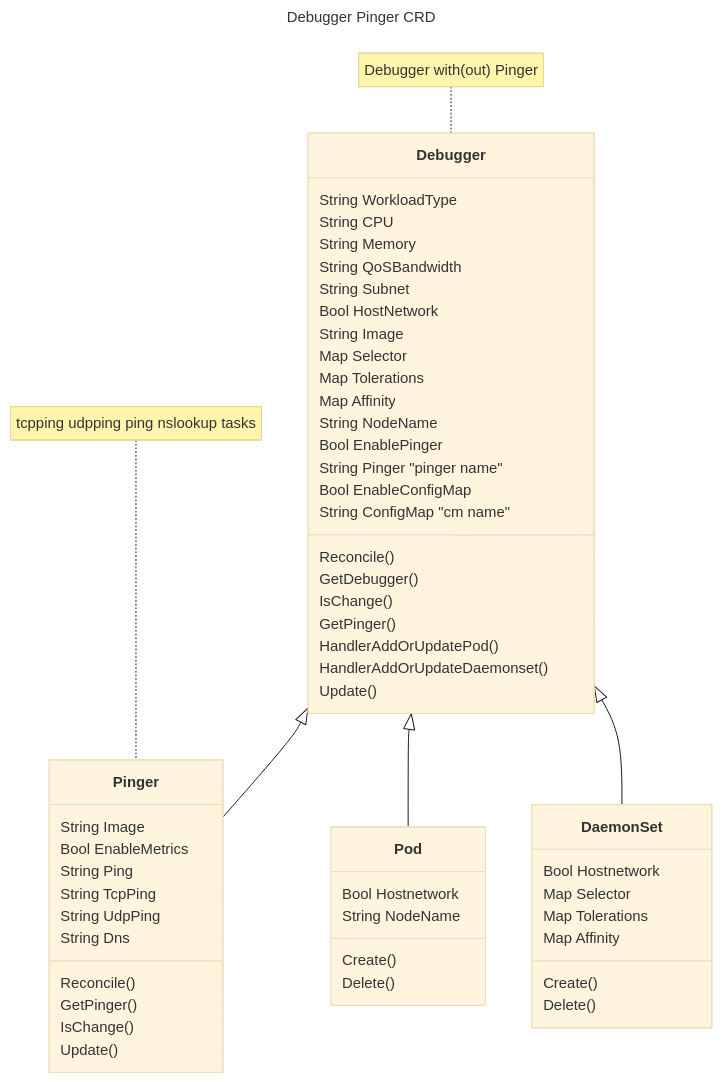
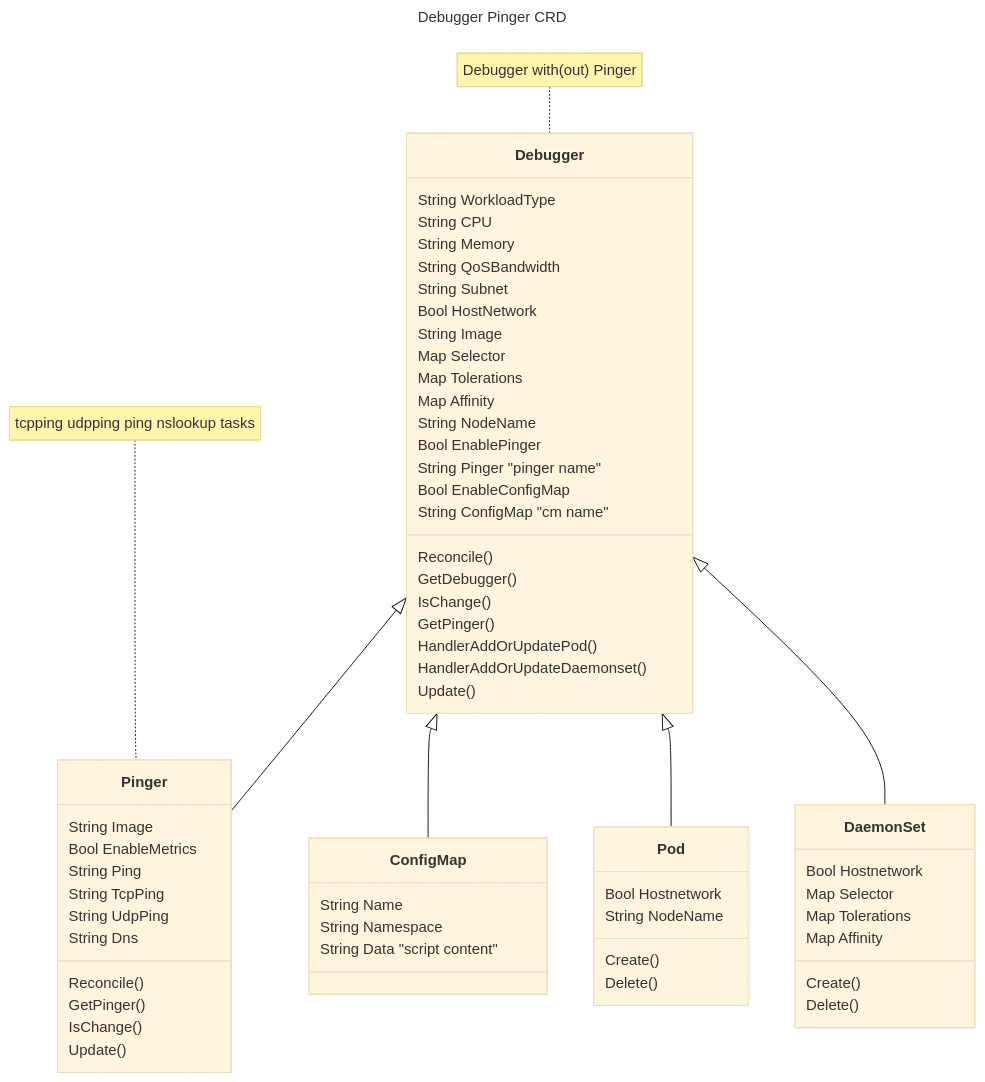
One commit to kubecombo/kube-combo changed the first of 3 diagrams in docs/debugger-pinger.md. Above: the diagram before and after it, drawn with Mermaid (base theme). The commit also changed 1 other file, not shown here.

````diff
--- a/docs/debugger-pinger.md
+++ b/docs/debugger-pinger.md
@@ -5,69 +5,76 @@
 ```mermaid
 ---
 title: Debugger Pinger CRD
 ---
 classDiagram
     note for Debugger "Debugger with(out) Pinger"
     Debugger <|-- Pinger
+    Debugger <|-- ConfigMap
     note for Pinger "tcpping udpping ping nslookup tasks"
     Debugger <|-- Pod
     Debugger <|-- DaemonSet
 
     class Debugger {
         String WorkloadType
         String CPU
         String Memory
         String QoSBandwidth
         String Subnet
         Bool HostNetwork
         String Image
         Map Selector
         Map Tolerations
         Map Affinity
         String NodeName
         Bool EnablePinger
         String Pinger "pinger name"
         Bool EnableConfigMap
         String ConfigMap "cm name"
-        
+
         Reconcile()
         GetDebugger()
         IsChange()
         GetPinger()
         HandlerAddOrUpdatePod()
         HandlerAddOrUpdateDaemonset()
         Update()
     }
+
+   class ConfigMap {
+        String Name
+        String Namespace
+        String Data "script content"
+   }
 
    class Pinger {
         String Image
         Bool EnableMetrics
         String Ping
         String TcpPing
         String UdpPing
         String Dns
 
         Reconcile()
         GetPinger()
         IsChange()
         Update()
     }
 
    class Pod {
         Bool Hostnetwork
         String NodeName
 
         Create()
         Delete()
     }
 
    class DaemonSet {
      Bool Hostnetwork
      Map Selector
      Map Tolerations
      Map Affinity
 
      Create()
      Delete()
     }
 ```
````
